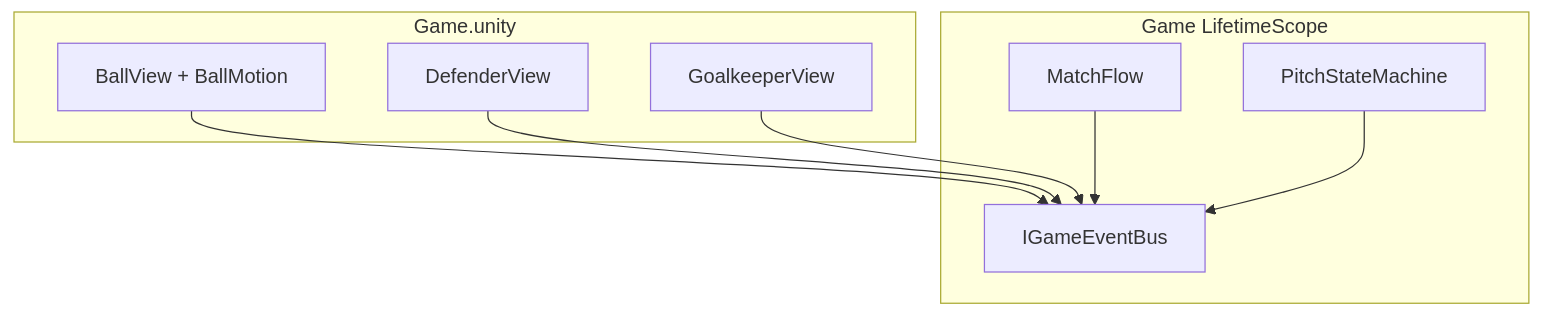
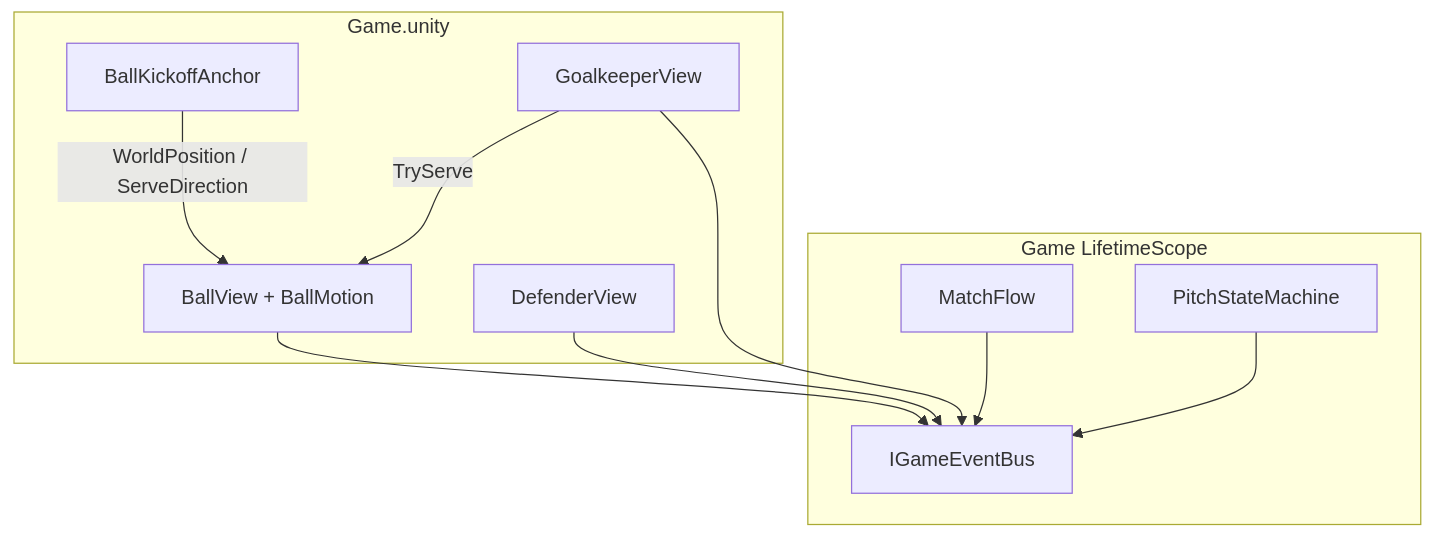
The diagram in Wiki/FutboloidWiki/Архитектура/Связь сцены с кодом.md (DeployChef/Futboloid), drawn with Mermaid before and after one commit. The commit also changed other lines of this file and 34 other files, not shown here.

````diff
--- a/Wiki/FutboloidWiki/Архитектура/Связь сцены с кодом.md
+++ b/Wiki/FutboloidWiki/Архитектура/Связь сцены с кодом.md
@@ -18,20 +18,23 @@
 ```mermaid
 flowchart TB
     subgraph scene [Game.unity]
+        KA[BallKickoffAnchor]
         BV[BallView + BallMotion]
+        GV[GoalkeeperView]
         DV[DefenderView]
-        GV[GoalkeeperView]
     end
 
     subgraph scope [Game LifetimeScope]
         Bus[IGameEventBus]
         MF[MatchFlow]
         PFSM[PitchStateMachine]
     end
 
+    KA -->|WorldPosition / ServeDirection| BV
+    GV -->|TryServe| BV
     BV --> Bus
     DV --> Bus
     GV --> Bus
     MF --> Bus
     PFSM --> Bus
 ```
````
